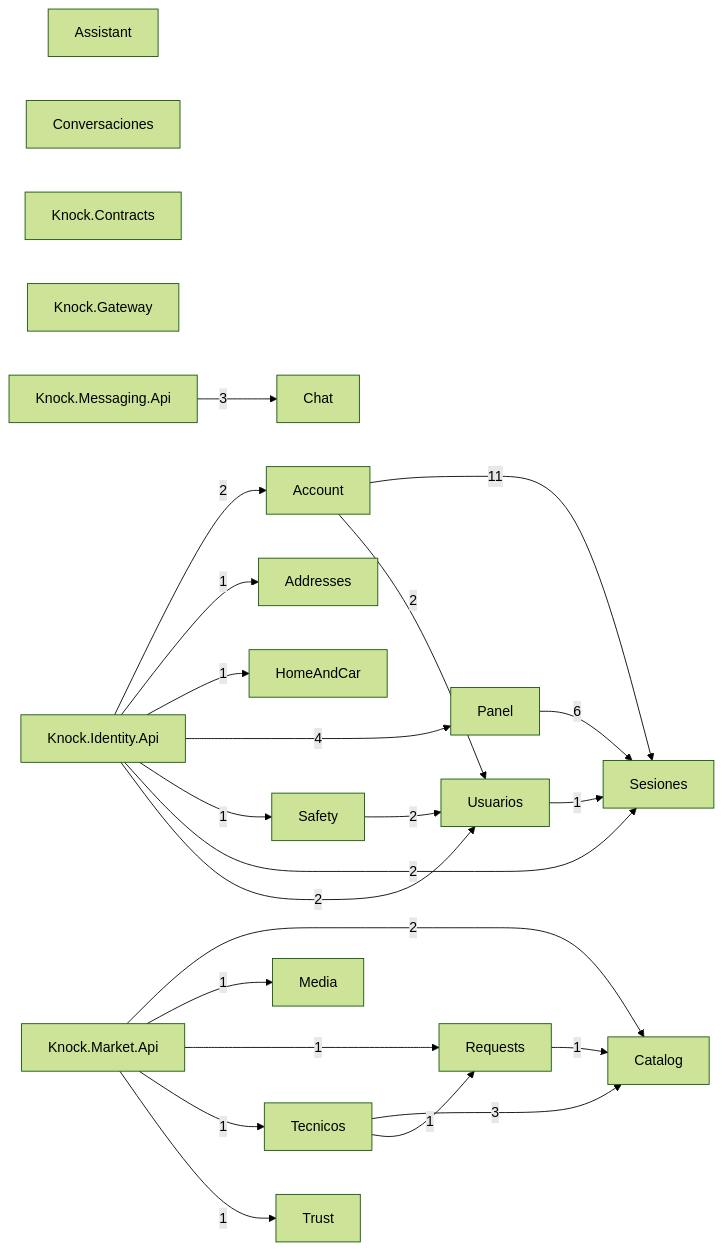
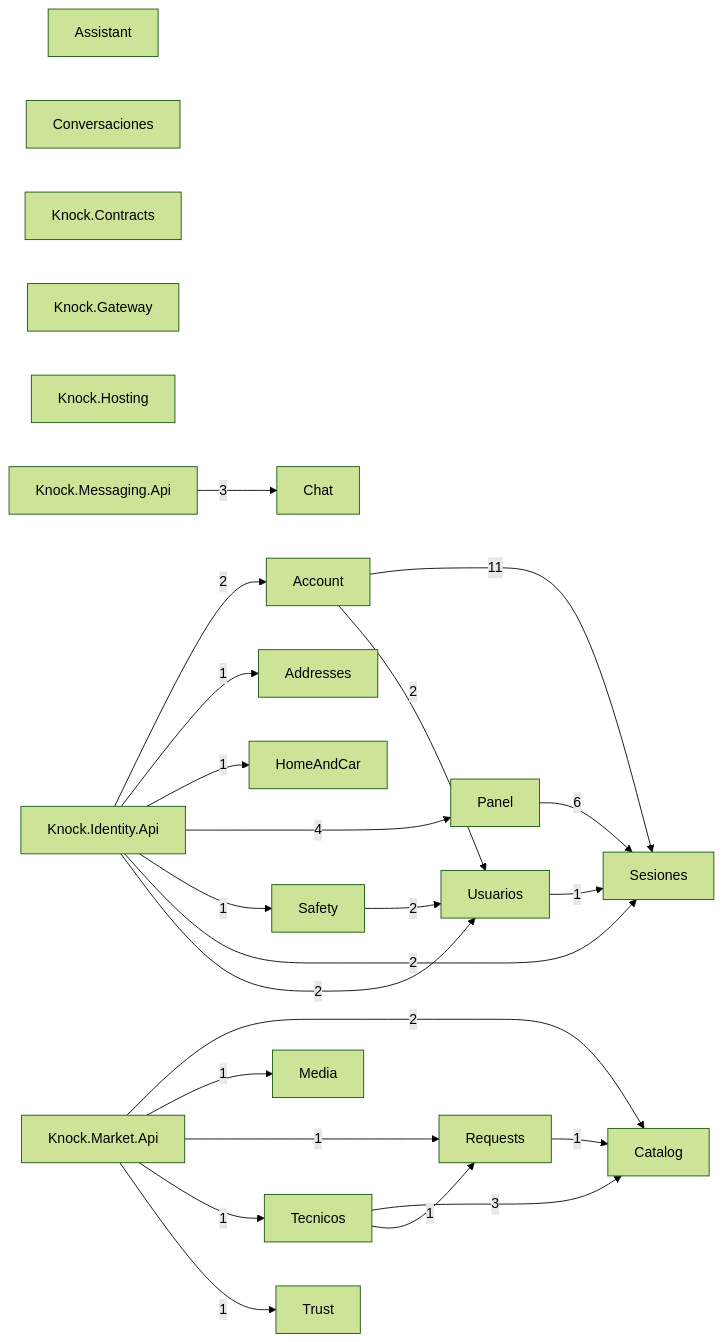
The diagram in docs/architecture/modules.mmd (Tensei-Devs/knock-backend), drawn with Mermaid (forest theme) before and after one commit. The commit also changed 54 other files, not shown here.

Commit message:
refactor(architecture): move forwarded headers and log redactor to Knock.Hosting (KNOCK-251)

```diff
--- a/docs/architecture/modules.mmd
+++ b/docs/architecture/modules.mmd
@@ -1,42 +1,43 @@
 graph LR
   Account["Account"]
   Addresses["Addresses"]
   Assistant["Assistant"]
   Catalog["Catalog"]
   Chat["Chat"]
   Conversaciones["Conversaciones"]
   HomeAndCar["HomeAndCar"]
   Knock_Contracts["Knock.Contracts"]
   Knock_Gateway["Knock.Gateway"]
+  Knock_Hosting["Knock.Hosting"]
   Knock_Identity_Api["Knock.Identity.Api"]
   Knock_Market_Api["Knock.Market.Api"]
   Knock_Messaging_Api["Knock.Messaging.Api"]
   Media["Media"]
   Panel["Panel"]
   Requests["Requests"]
   Safety["Safety"]
   Sesiones["Sesiones"]
   Tecnicos["Tecnicos"]
   Trust["Trust"]
   Usuarios["Usuarios"]
   Account -->|11| Sesiones
   Account -->|2| Usuarios
   Knock_Identity_Api -->|2| Account
   Knock_Identity_Api -->|1| Addresses
   Knock_Identity_Api -->|1| HomeAndCar
   Knock_Identity_Api -->|4| Panel
   Knock_Identity_Api -->|1| Safety
   Knock_Identity_Api -->|2| Sesiones
   Knock_Identity_Api -->|2| Usuarios
   Knock_Market_Api -->|2| Catalog
   Knock_Market_Api -->|1| Media
   Knock_Market_Api -->|1| Requests
   Knock_Market_Api -->|1| Tecnicos
   Knock_Market_Api -->|1| Trust
   Knock_Messaging_Api -->|3| Chat
   Panel -->|6| Sesiones
   Requests -->|1| Catalog
   Safety -->|2| Usuarios
   Tecnicos -->|3| Catalog
   Tecnicos -->|1| Requests
   Usuarios -->|1| Sesiones
```
